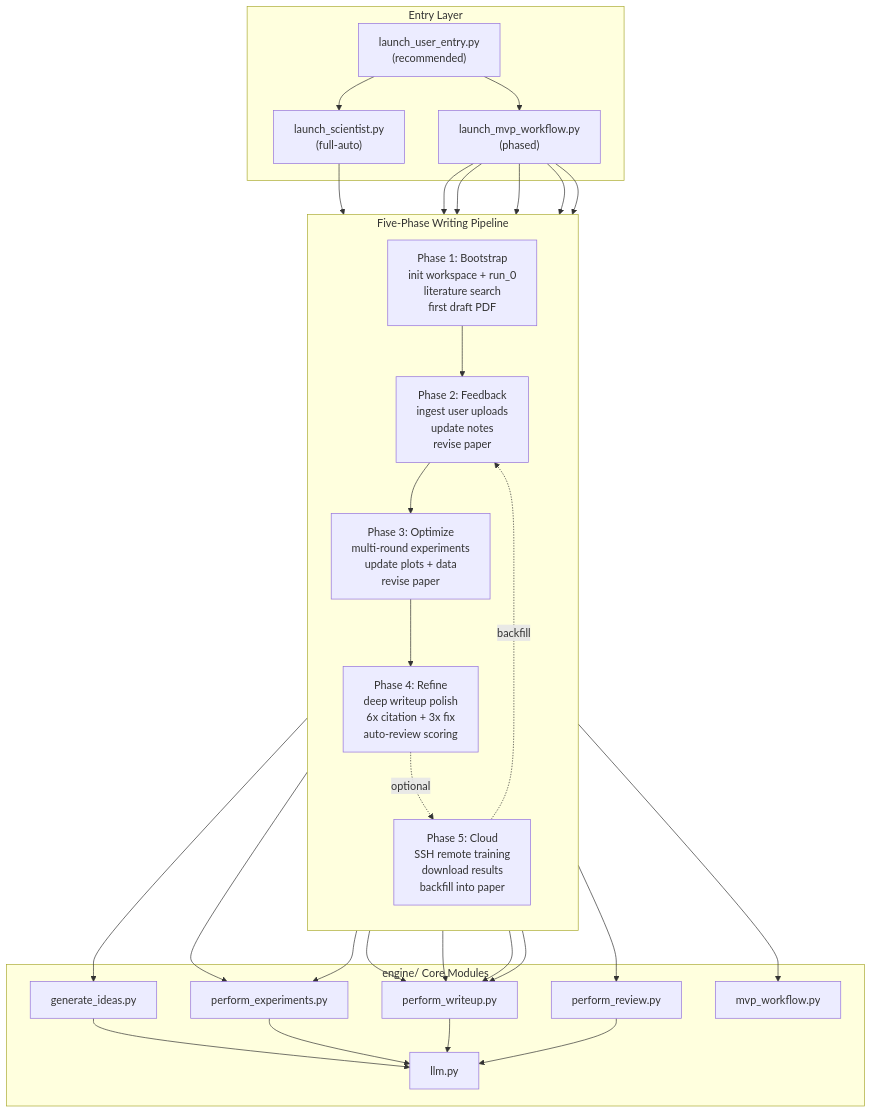
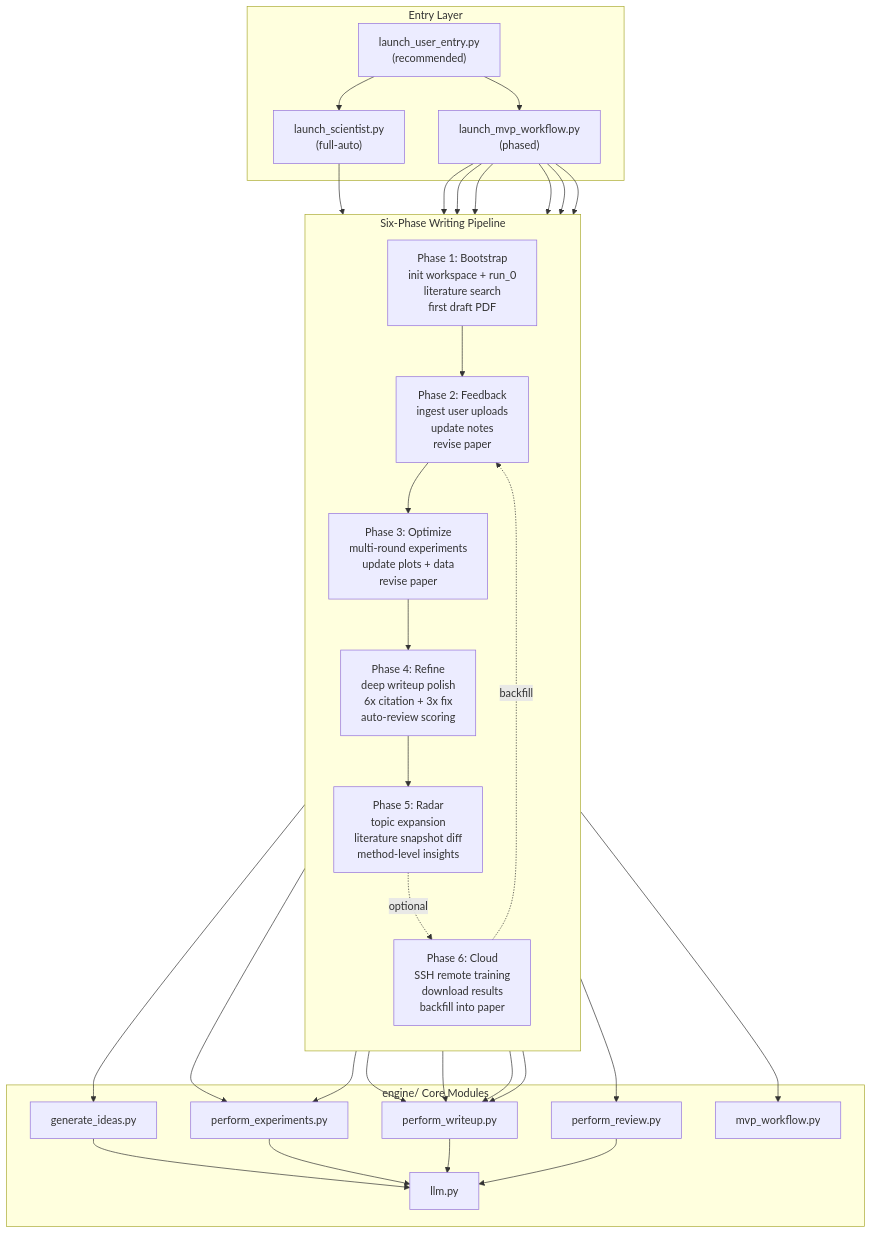
One commit to word911/PaperForge changed the first of 5 diagrams in README.md. Above: the diagram before and after it, drawn with Mermaid. The commit also changed other lines of this file and 5 other files, not shown here.

````diff
--- a/README.md
+++ b/README.md
@@ -65,54 +66,56 @@
 ```mermaid
 flowchart TB
     subgraph entry [Entry Layer]
         UE["launch_user_entry.py<br/>(recommended)"]
         LS["launch_scientist.py<br/>(full-auto)"]
         LM["launch_mvp_workflow.py<br/>(phased)"]
     end
 
     UE --> LS
     UE --> LM
 
-    subgraph pipeline [Five-Phase Writing Pipeline]
+    subgraph pipeline [Six-Phase Writing Pipeline]
         direction TB
         B["Phase 1: Bootstrap<br/>init workspace + run_0<br/>literature search<br/>first draft PDF"]
         F["Phase 2: Feedback<br/>ingest user uploads<br/>update notes<br/>revise paper"]
         O["Phase 3: Optimize<br/>multi-round experiments<br/>update plots + data<br/>revise paper"]
         R["Phase 4: Refine<br/>deep writeup polish<br/>6x citation + 3x fix<br/>auto-review scoring"]
-        C["Phase 5: Cloud<br/>SSH remote training<br/>download results<br/>backfill into paper"]
+        D["Phase 5: Radar<br/>topic expansion<br/>literature snapshot diff<br/>method-level insights"]
+        C["Phase 6: Cloud<br/>SSH remote training<br/>download results<br/>backfill into paper"]
 
-        B --> F --> O --> R
-        R -.->|optional| C
+        B --> F --> O --> R --> D
+        D -.->|optional| C
         C -.->|backfill| F
     end
 
     LS --> B
     LM --> B
     LM --> F
     LM --> O
     LM --> R
+    LM --> D
     LM --> C
 
     subgraph engineCore [engine/ Core Modules]
         GI["generate_ideas.py"]
         PE["perform_experiments.py"]
         PW["perform_writeup.py"]
         PR["perform_review.py"]
         MW["mvp_workflow.py"]
         LLM_MOD["llm.py"]
     end
 
     B --> GI
     B --> PE
     B --> PW
     F --> MW
     F --> PW
     O --> PE
     O --> PW
     R --> PW
     R --> PR
     GI --> LLM_MOD
     PE --> LLM_MOD
     PW --> LLM_MOD
     PR --> LLM_MOD
 ```
````
